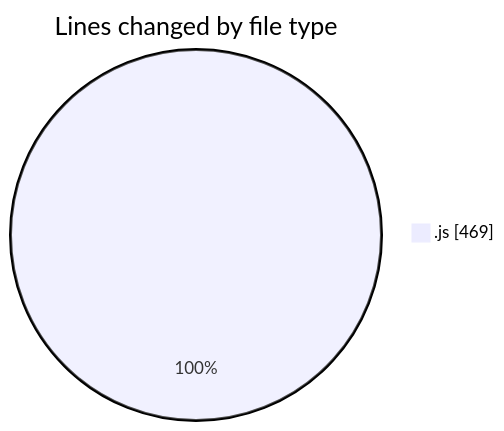
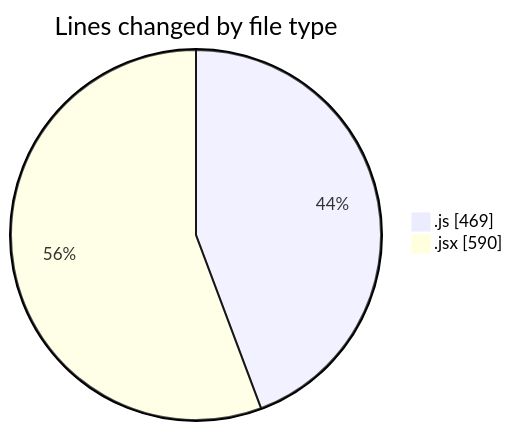
The first of 2 diagrams in 2025-08-07/nxtqube_webapp/README.md (nxtqubesakshisongat/code-tracking), drawn with Mermaid before and after one commit. The commit also changed other lines of this file and 1 other file, not shown here.

````diff
--- a/2025-08-07/nxtqube_webapp/README.md
+++ b/2025-08-07/nxtqube_webapp/README.md
@@ -21,5 +22,6 @@
 ```mermaid
 pie showData
 title Lines changed by file type
 ".js" : 469
+".jsx" : 590
 ```
````
